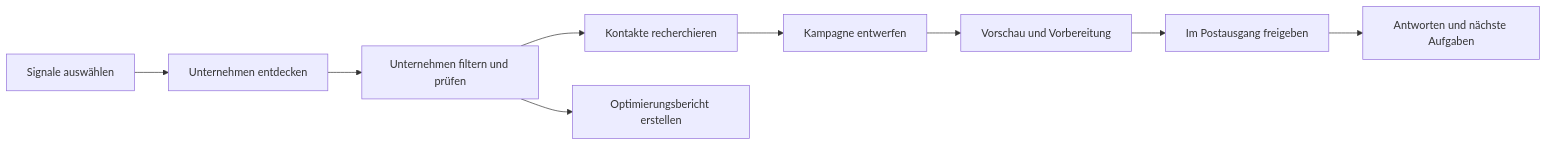
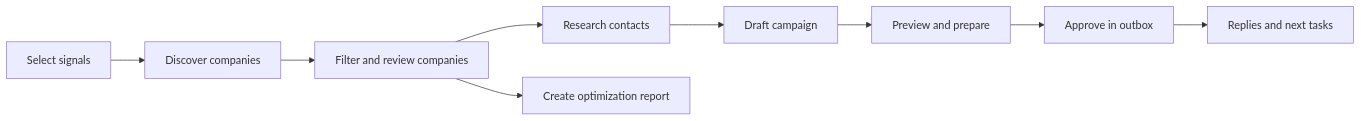
Before and after one commit to nexdevn-dot/SIveron_Hervay2.0: the diagram in README.md, drawn with Mermaid. The commit also changed other lines of this file, not shown here.

````diff
--- a/README.md
+++ b/README.md
@@ -37,11 +36,11 @@
 ```mermaid
 flowchart LR
-    A[Signale auswählen] --> B[Unternehmen entdecken]
-    B --> C[Unternehmen filtern und prüfen]
-    C --> D[Kontakte recherchieren]
-    C --> E[Optimierungsbericht erstellen]
-    D --> F[Kampagne entwerfen]
-    F --> G[Vorschau und Vorbereitung]
-    G --> H[Im Postausgang freigeben]
-    H --> I[Antworten und nächste Aufgaben]
+    A[Select signals] --> B[Discover companies]
+    B --> C[Filter and review companies]
+    C --> D[Research contacts]
+    C --> E[Create optimization report]
+    D --> F[Draft campaign]
+    F --> G[Preview and prepare]
+    G --> H[Approve in outbox]
+    H --> I[Replies and next tasks]
 ```
````
